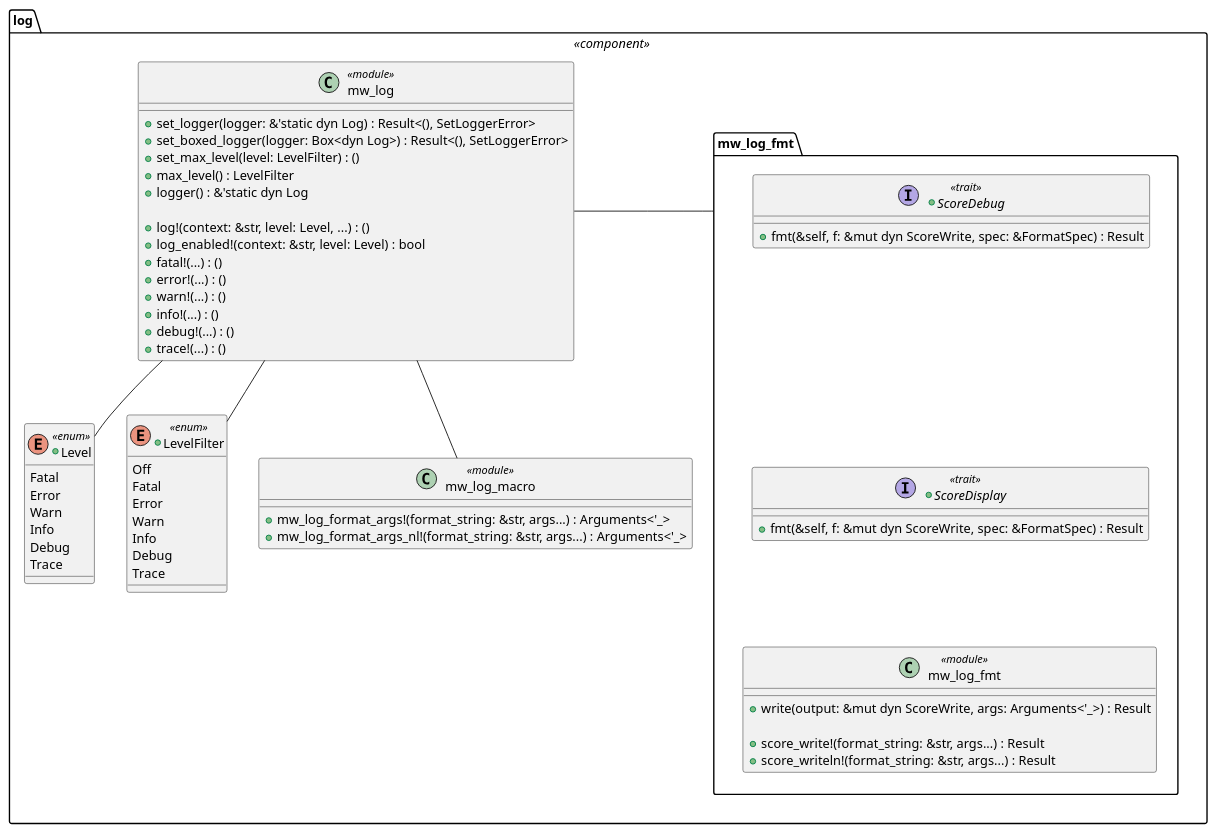
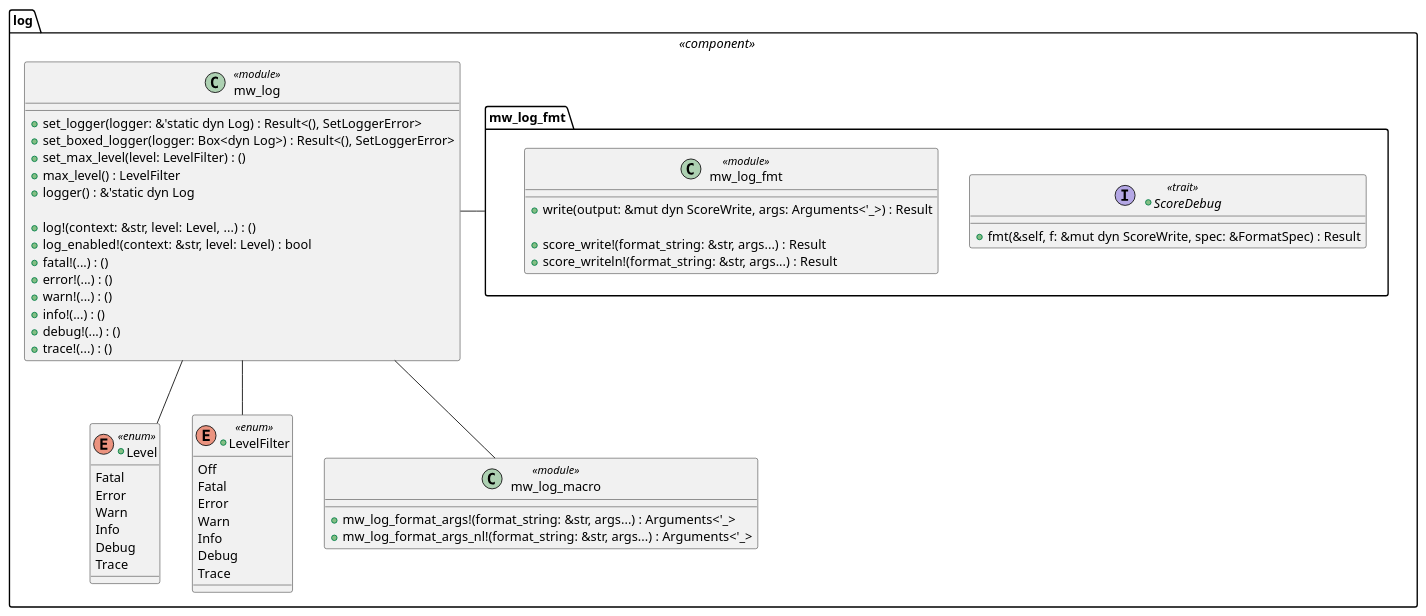
The diagram in docs/module/log/architecture/_assets/interface.puml (eclipse-score/baselibs_rust), drawn with PlantUML before and after one commit. The commit also changed 18 other files, not shown here.

First line of the commit message:
log: `mw_log_fmt` implementation

```diff
--- a/docs/module/log/architecture/_assets/interface.puml
+++ b/docs/module/log/architecture/_assets/interface.puml
@@ -1,74 +1,64 @@
 @startuml log_interface
 
 package log <<component>> {
     +enum Level <<enum>> {
         Fatal
         Error
         Warn
         Info
         Debug
         Trace
     }
 
     +enum LevelFilter <<enum>> {
         Off
         Fatal
         Error
         Warn
         Info
         Debug
         Trace
     }
 
     class mw_log <<module>> {
         +set_logger(logger: &'static dyn Log) : Result<(), SetLoggerError>
         +set_boxed_logger(logger: Box<dyn Log>) : Result<(), SetLoggerError>
         +set_max_level(level: LevelFilter) : ()
         +max_level() : LevelFilter
         +logger() : &'static dyn Log
 
         +log!(context: &str, level: Level, ...) : ()
         +log_enabled!(context: &str, level: Level) : bool
         +fatal!(...) : ()
         +error!(...) : ()
         +warn!(...) : ()
         +info!(...) : ()
         +debug!(...) : ()
         +trace!(...) : ()
     }
 
     class mw_log_macro <<module>> {
         +mw_log_format_args!(format_string: &str, args...) : Arguments<'_>
         +mw_log_format_args_nl!(format_string: &str, args...) : Arguments<'_>
     }
 
     package mw_log_fmt {
         +interface ScoreDebug <<trait>> {
             +fmt(&self, f: &mut dyn ScoreWrite, spec: &FormatSpec) : Result
         }
 
-        +interface ScoreDisplay <<trait>> {
-            +fmt(&self, f: &mut dyn ScoreWrite, spec: &FormatSpec) : Result
-        }
-
         class mw_log_fmt <<module>> {
             +write(output: &mut dyn ScoreWrite, args: Arguments<'_>) : Result
 
             +score_write!(format_string: &str, args...) : Result
             +score_writeln!(format_string: &str, args...) : Result
         }
-
-        ScoreDebug -[hidden]down- ScoreDisplay
-        ScoreDisplay -[hidden]down- mw_log_fmt
-
     }
 
     mw_log -- Level
     mw_log -- LevelFilter
     mw_log -- mw_log_macro
     mw_log -right- mw_log_fmt
 }
 
-
-
 @enduml
```
